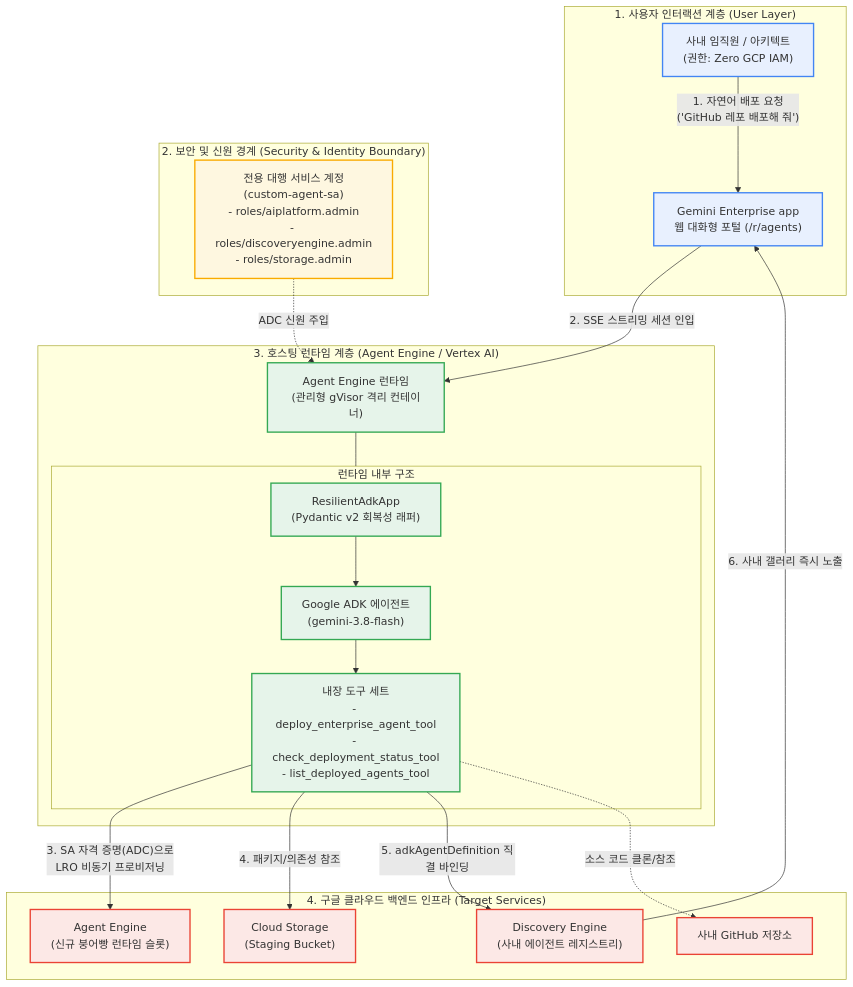
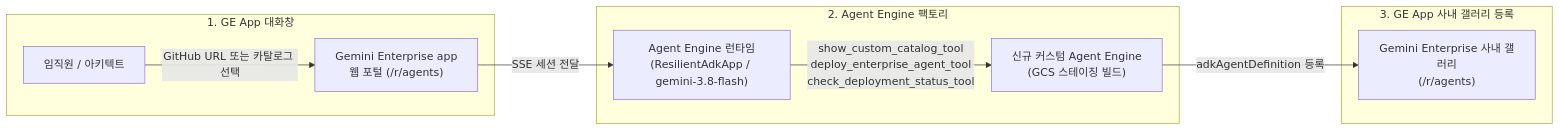
One commit to jiangjun-forge/google-cloud-0-to-1 changed the diagram in samples/gemini-enterprise-factory-custom/README.md. Above: the diagram before and after it, drawn with Mermaid. The commit also changed other lines of this file and 39 other files, not shown here.

````diff
--- a/samples/gemini-enterprise-factory-custom/README.md
+++ b/samples/gemini-enterprise-factory-custom/README.md
@@ -117,42 +81,15 @@
 ```mermaid
-flowchart TB
-    subgraph Client["1. 사용자 인터랙션 계층 (User Layer)"]
-        User["사내 임직원 / 아키텍트<br/>(권한: Zero GCP IAM)"] -->|"1. 자연어 배포 요청<br/>('GitHub 레포 배포해 줘')"| GEApp["Gemini Enterprise app<br/>웹 대화형 포털 (/r/agents)"]
+flowchart LR
+    subgraph L1["1. GE App 대화창"]
+        User["임직원 / 아키텍트"] -->|"GitHub URL 또는 카탈로그 선택"| GEApp["Gemini Enterprise app<br/>웹 포털 (/r/agents)"]
     end
 
-    subgraph Security["2. 보안 및 신원 경계 (Security & Identity Boundary)"]
-        SA["전용 대행 서비스 계정<br/>(custom-agent-sa)<br/>- roles/aiplatform.admin<br/>- roles/discoveryengine.admin<br/>- roles/storage.admin"]
+    subgraph L2["2. Agent Engine 팩토리"]
+        GEApp -->|"SSE 세션 전달"| Engine["Agent Engine 런타임<br/>(ResilientAdkApp / gemini-3.8-flash)"]
+        Engine -->|"show_custom_catalog_tool<br/>deploy_enterprise_agent_tool<br/>check_deployment_status_tool"| RE["신규 커스텀 Agent Engine<br/>(GCS 스테이징 빌드)"]
     end
 
-    subgraph Runtime["3. 호스팅 런타임 계층 (Agent Engine / Vertex AI)"]
-        GEApp -->|"2. SSE 스트리밍 세션 인입"| Engine["Agent Engine 런타임<br/>(관리형 gVisor 격리 컨테이너)"]
-        
-        subgraph InsideEngine["런타임 내부 구조"]
-            Wrapper["ResilientAdkApp<br/>(Pydantic v2 회복성 래퍼)"]
-            ADK["Google ADK 에이전트<br/>(gemini-3.8-flash)"]
-            Tools["내장 도구 세트<br/>- deploy_enterprise_agent_tool<br/>- check_deployment_status_tool<br/>- list_deployed_agents_tool"]
-            Wrapper --> ADK --> Tools
-        end
-        Engine --- InsideEngine
+    subgraph L3["3. GE App 사내 갤러리 등록"]
+        RE -->|"adkAgentDefinition 등록"| DiscEng["Gemini Enterprise 사내 갤러리<br/>(/r/agents)"]
     end
-
-    subgraph Backend["4. 구글 클라우드 백엔드 인프라 (Target Services)"]
-        Tools -->|"3. SA 자격 증명(ADC)으로<br/>LRO 비동기 프로비저닝"| RE["Agent Engine<br/>(신규 붕어빵 런타임 슬롯)"]
-        Tools -->|"4. 패키지/의존성 참조"| GCS["Cloud Storage<br/>(Staging Bucket)"]
-        Tools -->|"5. adkAgentDefinition 직결 바인딩"| DiscEng["Discovery Engine<br/>(사내 에이전트 레지스트리)"]
-        Tools -.->|"소스 코드 클론/참조"| Git["사내 GitHub 저장소"]
-    end
-
-    SA -.->|"ADC 신원 주입"| Engine
-    DiscEng -->|"6. 사내 갤러리 즉시 노출"| GEApp
-
-    classDef portal fill:#e8f0fe,stroke:#4285f4,stroke-width:2px;
-    classDef security fill:#fef7e0,stroke:#f9ab00,stroke-width:2px;
-    classDef runtime fill:#e6f4ea,stroke:#34a853,stroke-width:2px;
-    classDef backend fill:#fce8e6,stroke:#ea4335,stroke-width:2px;
-
-    class User,GEApp portal;
-    class SA security;
-    class Engine,Wrapper,ADK,Tools runtime;
-    class RE,GCS,DiscEng,Git backend;
 ```
````
